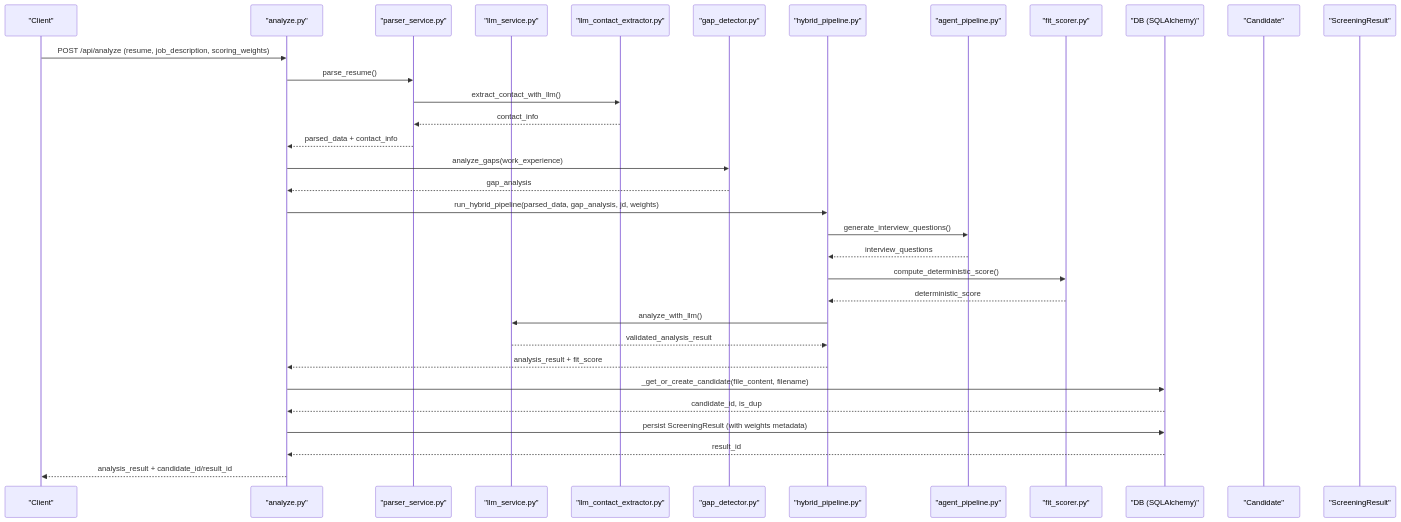
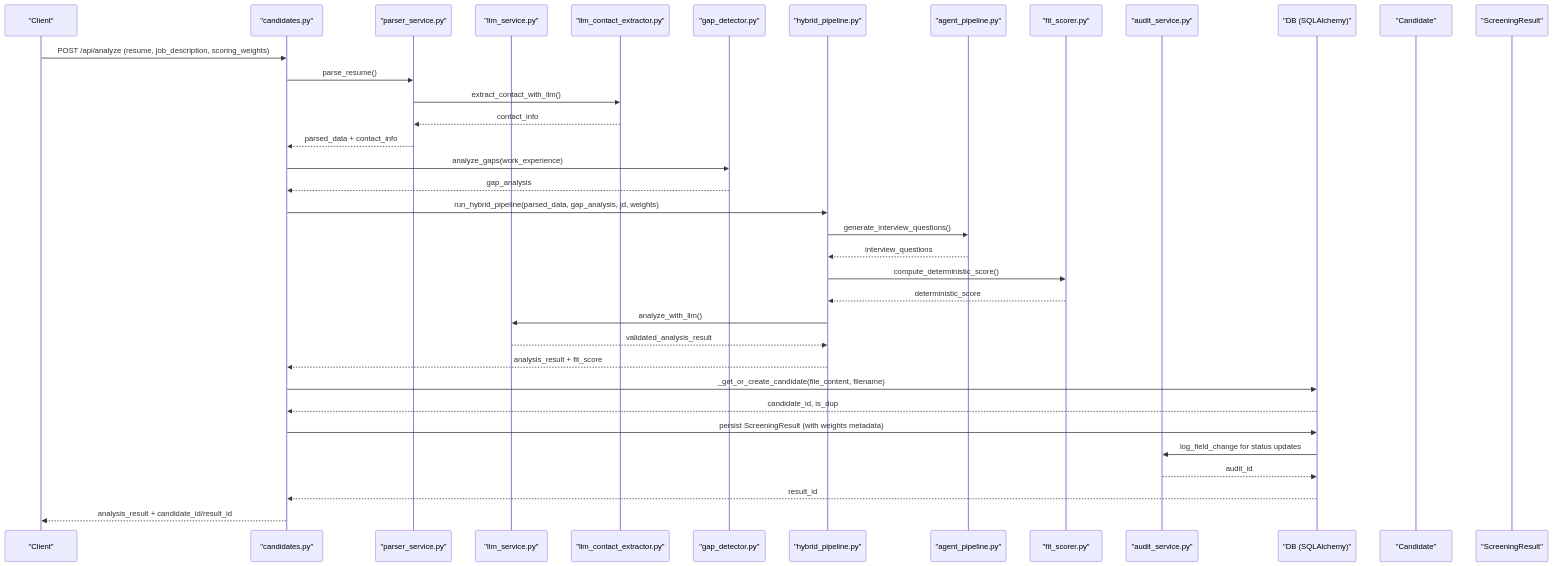
The second of 22 diagrams in .qoder/repowiki/en/content/Candidate Management/Candidate Management.md (Revanththetalogics/aireume), drawn with Mermaid before and after one commit. The commit also changed other lines of this file and 14 other files, not shown here.

````diff
--- a/.qoder/repowiki/en/content/Candidate Management/Candidate Management.md
+++ b/.qoder/repowiki/en/content/Candidate Management/Candidate Management.md
@@ -191,35 +191,38 @@
 ```mermaid
 sequenceDiagram
 participant Client as "Client"
-participant Route as "analyze.py"
+participant Route as "candidates.py"
 participant Parser as "parser_service.py"
 participant LLM as "llm_service.py"
 participant LLMContact as "llm_contact_extractor.py"
 participant Gap as "gap_detector.py"
 participant Pipe as "hybrid_pipeline.py"
 participant Agent as "agent_pipeline.py"
 participant FS as "fit_scorer.py"
+participant Audit as "audit_service.py"
 participant DB as "DB (SQLAlchemy)"
 participant Cand as "Candidate"
 participant Res as "ScreeningResult"
 Client->>Route : POST /api/analyze (resume, job_description, scoring_weights)
 Route->>Parser : parse_resume()
 Parser->>LLMContact : extract_contact_with_llm()
 LLMContact-->>Parser : contact_info
 Parser-->>Route : parsed_data + contact_info
 Route->>Gap : analyze_gaps(work_experience)
 Gap-->>Route : gap_analysis
 Route->>Pipe : run_hybrid_pipeline(parsed_data, gap_analysis, jd, weights)
 Pipe->>Agent : generate_interview_questions()
 Agent-->>Pipe : interview_questions
 Pipe->>FS : compute_deterministic_score()
 FS-->>Pipe : deterministic_score
 Pipe->>LLM : analyze_with_llm()
 LLM-->>Pipe : validated_analysis_result
 Pipe-->>Route : analysis_result + fit_score
 Route->>DB : _get_or_create_candidate(file_content, filename)
 DB-->>Route : candidate_id, is_dup
 Route->>DB : persist ScreeningResult (with weights metadata)
+DB->>Audit : log_field_change for status updates
+Audit-->>DB : audit_id
 DB-->>Route : result_id
 Route-->>Client : analysis_result + candidate_id/result_id
 ```
````
